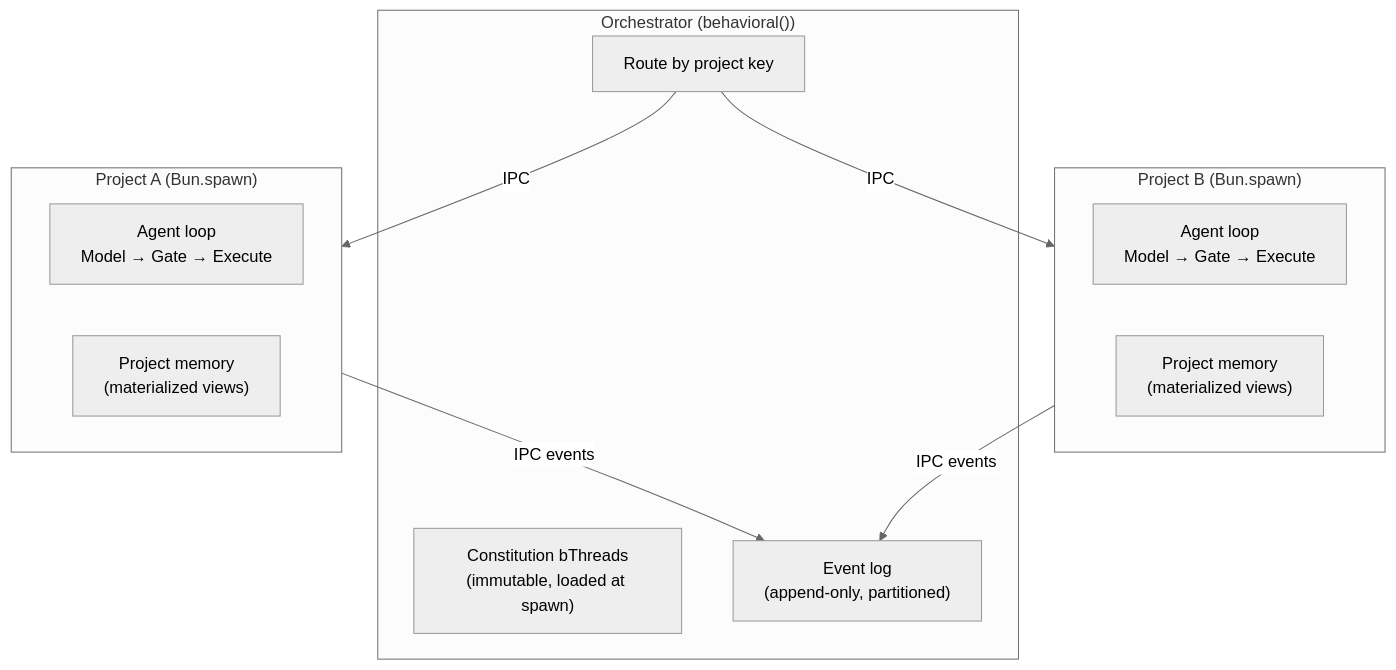
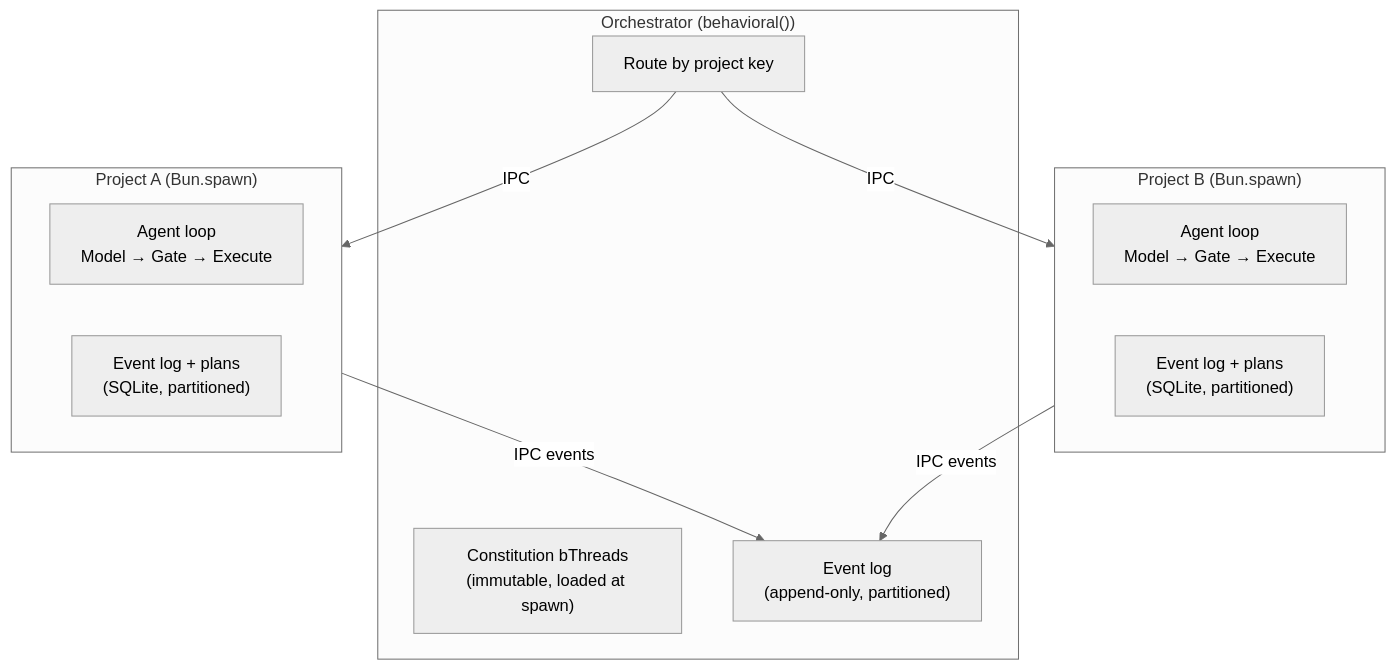
Before and after one commit to plaited/plaited: the second of 3 diagrams in docs/SYSTEM-DESIGN-V3.md, drawn with Mermaid (neutral theme). The commit also changed other lines of this file and 1 other file, not shown here.

First line of the commit message:
docs: simplify memory to event-log-is-the-memory architecture

````diff
--- a/docs/SYSTEM-DESIGN-V3.md
+++ b/docs/SYSTEM-DESIGN-V3.md
@@ -530,23 +529,23 @@
 ```mermaid
 graph TD
     subgraph Orchestrator["Orchestrator (behavioral())"]
         ROUTE["Route by project key"]
         CONST["Constitution bThreads<br/>(immutable, loaded at spawn)"]
         LOG["Event log<br/>(append-only, partitioned)"]
     end
 
     subgraph P1["Project A (Bun.spawn)"]
         REF1["Agent loop<br/>Model → Gate → Execute"]
-        MEM1["Project memory<br/>(materialized views)"]
+        MEM1["Event log + plans<br/>(SQLite, partitioned)"]
     end
 
     subgraph P2["Project B (Bun.spawn)"]
         REF2["Agent loop<br/>Model → Gate → Execute"]
-        MEM2["Project memory<br/>(materialized views)"]
+        MEM2["Event log + plans<br/>(SQLite, partitioned)"]
     end
 
     ROUTE -->|IPC| P1
     ROUTE -->|IPC| P2
     P1 -->|IPC events| LOG
     P2 -->|IPC events| LOG
 ```
````
